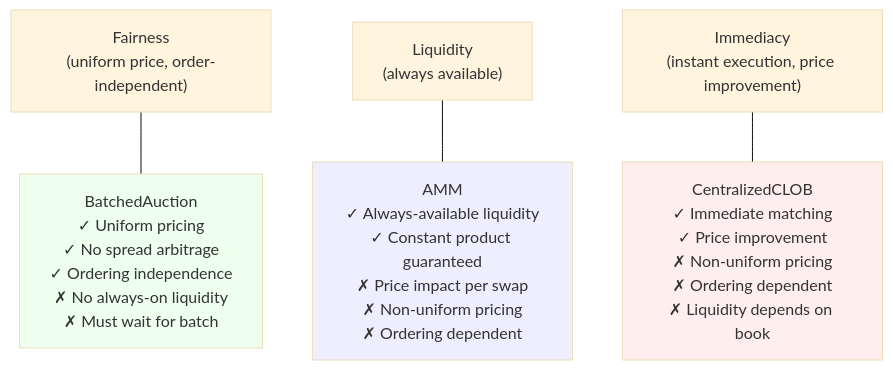
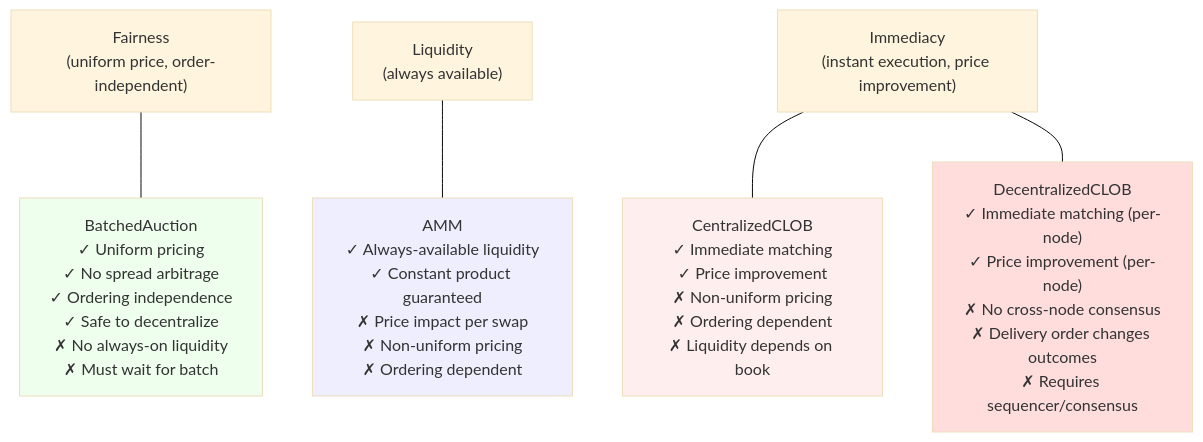
One commit to oxarbitrage/formal-market-mechanisms changed the sixth of 6 diagrams in README.md. Above: the diagram before and after it, drawn with Mermaid (base theme). The commit also changed other lines of this file and 2 other files, not shown here.

First line of the commit message:
add DecentralizedCLOB spec, references to real-world systems

````diff
--- a/README.md
+++ b/README.md
@@ -191,14 +251,16 @@
 ```mermaid
 graph TD
     F["Fairness<br/>(uniform price, order-independent)"]
     L["Liquidity<br/>(always available)"]
     I["Immediacy<br/>(instant execution, price improvement)"]
 
-    F --- BA["BatchedAuction<br/>✓ Uniform pricing<br/>✓ No spread arbitrage<br/>✓ Ordering independence<br/>✗ No always-on liquidity<br/>✗ Must wait for batch"]
+    F --- BA["BatchedAuction<br/>✓ Uniform pricing<br/>✓ No spread arbitrage<br/>✓ Ordering independence<br/>✓ Safe to decentralize<br/>✗ No always-on liquidity<br/>✗ Must wait for batch"]
     L --- AMM_N["AMM<br/>✓ Always-available liquidity<br/>✓ Constant product guaranteed<br/>✗ Price impact per swap<br/>✗ Non-uniform pricing<br/>✗ Ordering dependent"]
     I --- CLOB_N["CentralizedCLOB<br/>✓ Immediate matching<br/>✓ Price improvement<br/>✗ Non-uniform pricing<br/>✗ Ordering dependent<br/>✗ Liquidity depends on book"]
+    I --- DCLOB_N["DecentralizedCLOB<br/>✓ Immediate matching (per-node)<br/>✓ Price improvement (per-node)<br/>✗ No cross-node consensus<br/>✗ Delivery order changes outcomes<br/>✗ Requires sequencer/consensus"]
 
     style BA fill:#efe
     style AMM_N fill:#eef
     style CLOB_N fill:#fee
+    style DCLOB_N fill:#fdd
 ```
````
